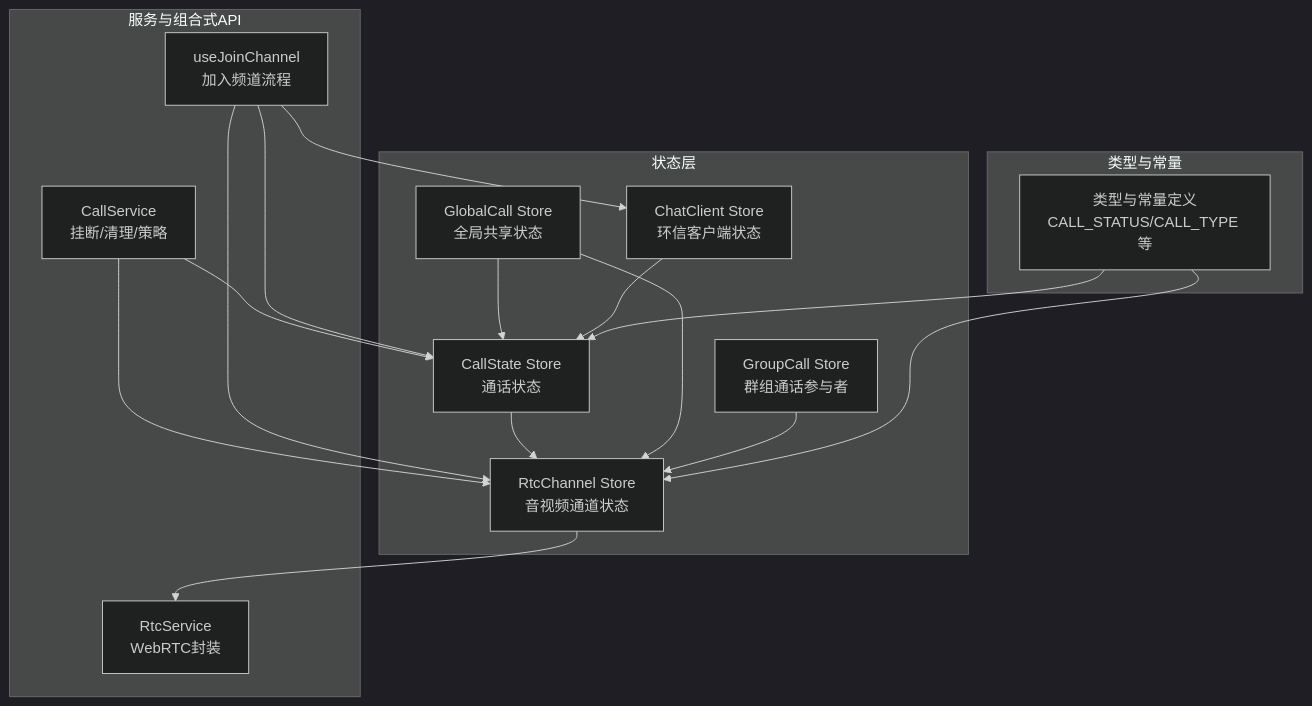
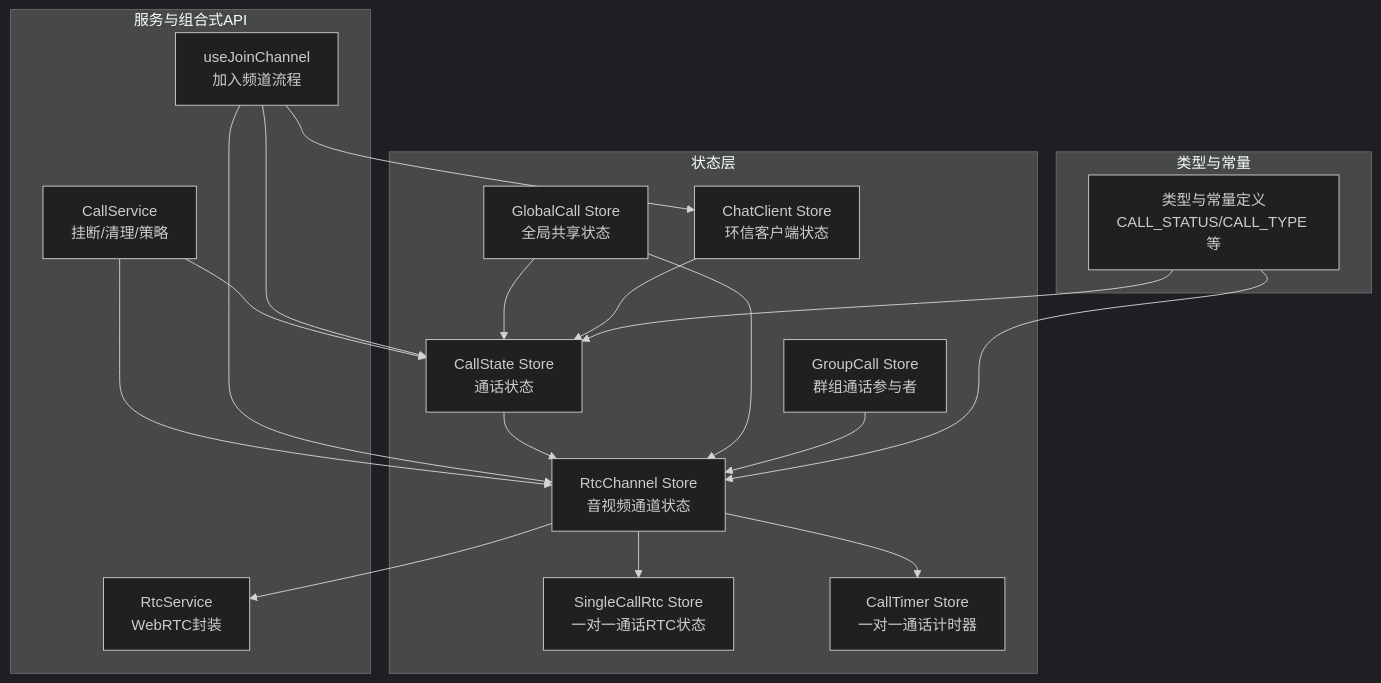
One commit to Easemob-Community/easemob-uikit-callkit-vue3 changed the first of 4 diagrams in .qoder/repowiki/zh/content/状态管理/状态管理.md. Above: the diagram before and after it, drawn with Mermaid (dark theme). The commit also changed other lines of this file and 58 other files, not shown here.

````diff
--- a/.qoder/repowiki/zh/content/状态管理/状态管理.md
+++ b/.qoder/repowiki/zh/content/状态管理/状态管理.md
@@ -47,31 +56,35 @@
 ```mermaid
 graph TB
 subgraph "状态层"
 CS["CallState Store<br/>通话状态"]
 GC["GlobalCall Store<br/>全局共享状态"]
 RC["RtcChannel Store<br/>音视频通道状态"]
 CC["ChatClient Store<br/>环信客户端状态"]
+SCR["SingleCallRtc Store<br/>一对一通话RTC状态"]
+CTS["CallTimer Store<br/>一对一通话计时器"]
 GCS["GroupCall Store<br/>群组通话参与者"]
 end
 subgraph "类型与常量"
 CT["类型与常量定义<br/>CALL_STATUS/CALL_TYPE 等"]
 end
 subgraph "服务与组合式API"
 CSVC["CallService<br/>挂断/清理/策略"]
 UJC["useJoinChannel<br/>加入频道流程"]
 RSVC["RtcService<br/>WebRTC封装"]
 end
 CS --> RC
 GC --> CS
 GC --> RC
 CC --> CS
+RC --> SCR
+RC --> CTS
 RC --> RSVC
 CSVC --> CS
 CSVC --> RC
 UJC --> CS
 UJC --> RC
 UJC --> CC
 GCS --> RC
 CT --> CS
 CT --> RC
 ```
````
